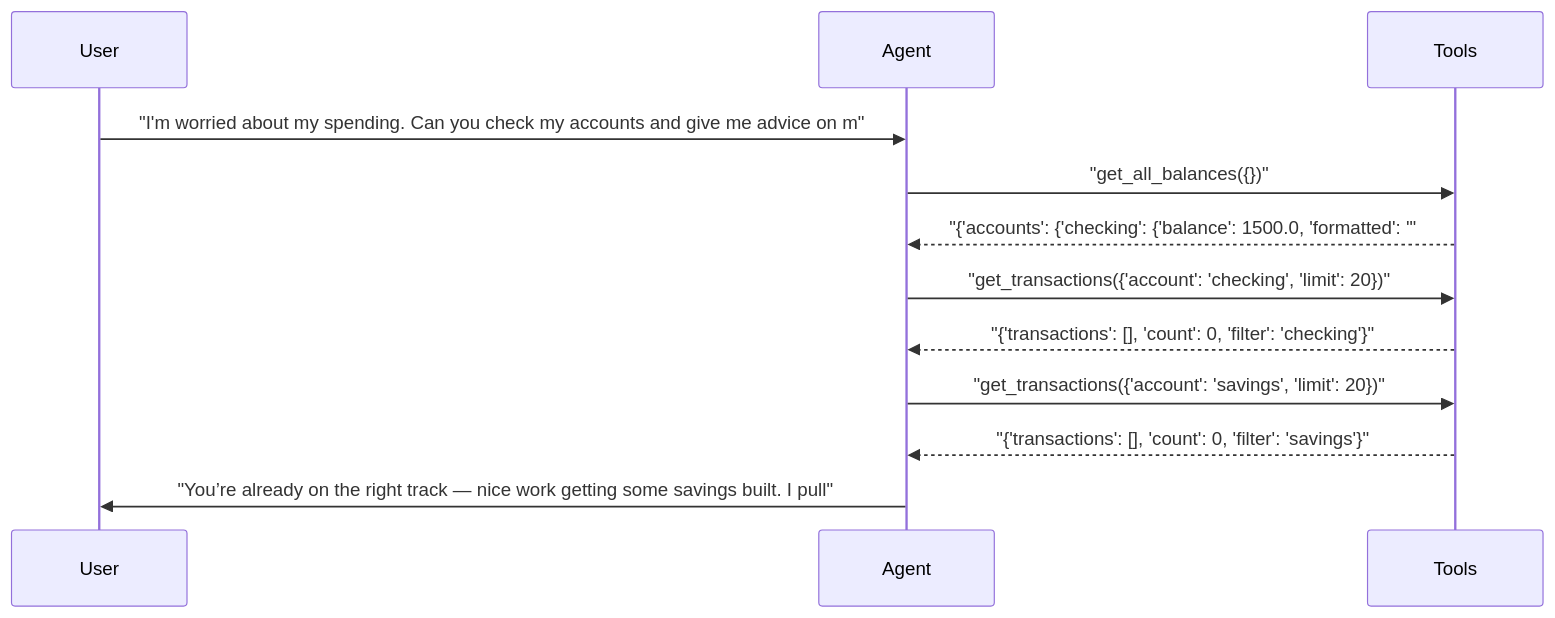
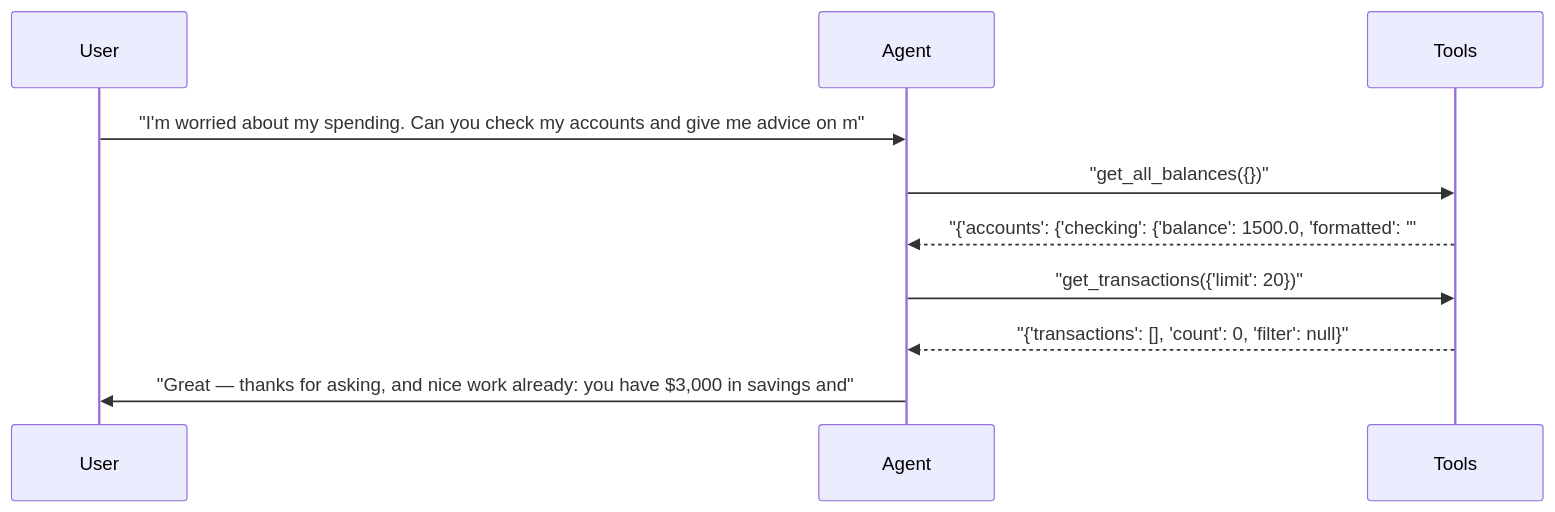
One commit to sbroenne/pytest-aitest changed diagram 19 of 24 in docs/demo/hero-report.md. Above: the diagram before and after it, drawn with Mermaid. The commit also changed other lines of this file and 34 other files, not shown here.

````diff
--- a/docs/demo/hero-report.md
+++ b/docs/demo/hero-report.md
@@ -962,15 +959,13 @@
 ```mermaid
 sequenceDiagram
     participant User
     participant Agent
     participant Tools
 
     User->>Agent: "I'm worried about my spending. Can you check my accounts and give me advice on m"
     Agent->>Tools: "get_all_balances({})"
     Tools-->>Agent: "{'accounts': {'checking': {'balance': 1500.0, 'formatted': '"
-    Agent->>Tools: "get_transactions({'account': 'checking', 'limit': 20})"
-    Tools-->>Agent: "{'transactions': [], 'count': 0, 'filter': 'checking'}"
-    Agent->>Tools: "get_transactions({'account': 'savings', 'limit': 20})"
-    Tools-->>Agent: "{'transactions': [], 'count': 0, 'filter': 'savings'}"
-    Agent->>User: "You’re already on the right track — nice work getting some savings built. I pull"
+    Agent->>Tools: "get_transactions({'limit': 20})"
+    Tools-->>Agent: "{'transactions': [], 'count': 0, 'filter': null}"
+    Agent->>User: "Great — thanks for asking, and nice work already: you have $3,000 in savings and"
 ```
````
